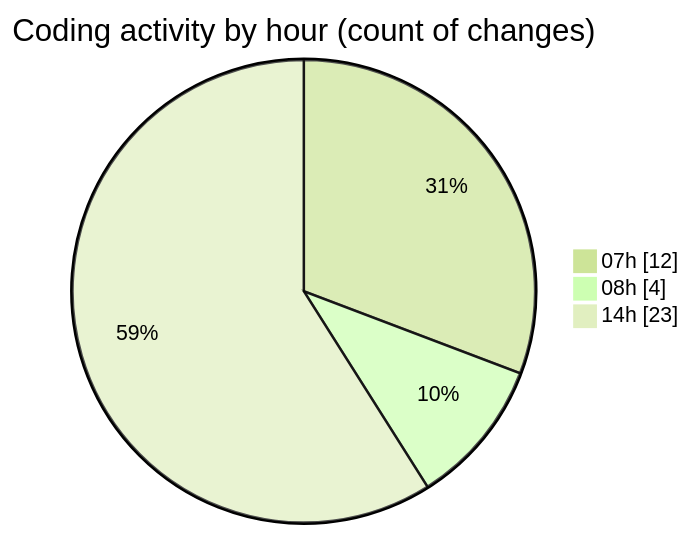
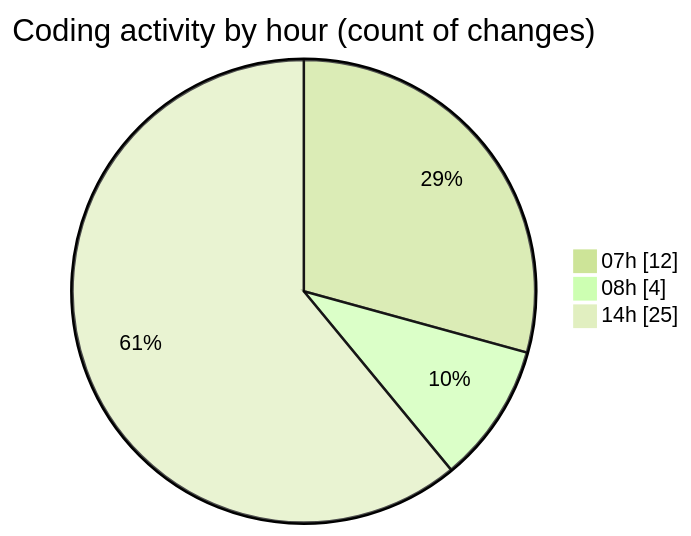
The second of 2 diagrams in 2025-01-09/mbc-web/README.md (robertbonfada/code-tracking), drawn with Mermaid (forest theme) before and after one commit. The commit also changed other lines of this file and 1 other file, not shown here.

````diff
--- a/2025-01-09/mbc-web/README.md
+++ b/2025-01-09/mbc-web/README.md
@@ -39,7 +39,7 @@
 ```mermaid
 pie showData
 title Coding activity by hour (count of changes)
 "07h" : 12
 "08h" : 4
-"14h" : 23
+"14h" : 25
 ```
````
